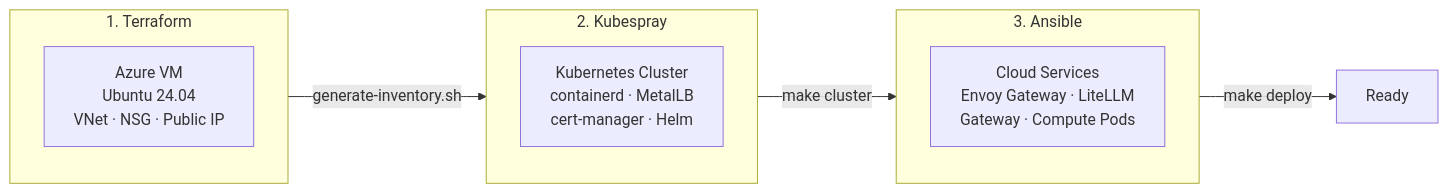
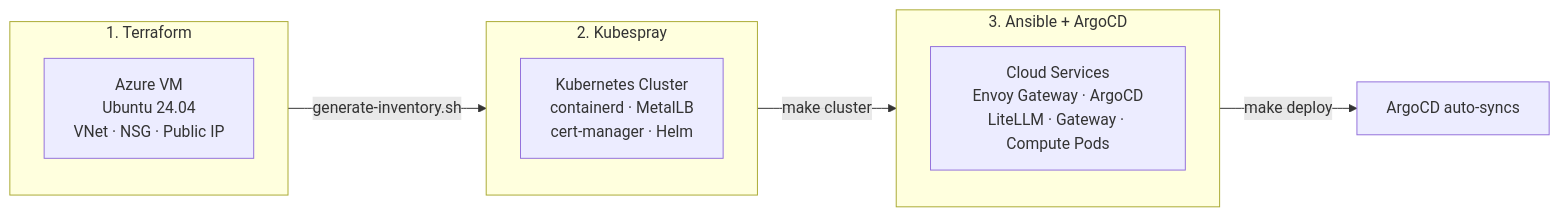
One commit to lmthing/lmthing changed the first of 7 diagrams in devops/README.md. Above: the diagram before and after it, drawn with Mermaid. The commit also changed other lines of this file, not shown here.

First line of the commit message:
Update devops README to reflect ArgoCD GitOps deployment

````diff
--- a/devops/README.md
+++ b/devops/README.md
@@ -7,15 +7,15 @@
 ```mermaid
 graph LR
     subgraph TF["1. Terraform"]
         VM["Azure VM<br/>Ubuntu 24.04<br/>VNet · NSG · Public IP"]
     end
     subgraph KS["2. Kubespray"]
         K8s["Kubernetes Cluster<br/>containerd · MetalLB<br/>cert-manager · Helm"]
     end
-    subgraph AN["3. Ansible"]
-        SVC["Cloud Services<br/>Envoy Gateway · LiteLLM<br/>Gateway · Compute Pods"]
+    subgraph AN["3. Ansible + ArgoCD"]
+        SVC["Cloud Services<br/>Envoy Gateway · ArgoCD<br/>LiteLLM · Gateway · Compute Pods"]
     end
     TF -->|"generate-inventory.sh"| KS
     KS -->|"make cluster"| AN
-    AN -->|"make deploy"| Done["Ready"]
+    AN -->|"make deploy"| Done["ArgoCD auto-syncs"]
 ```
````
